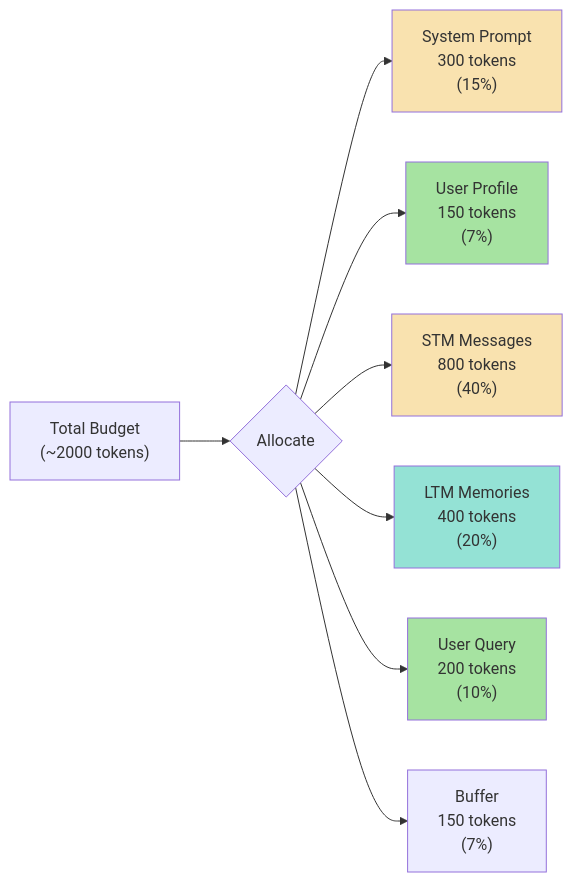
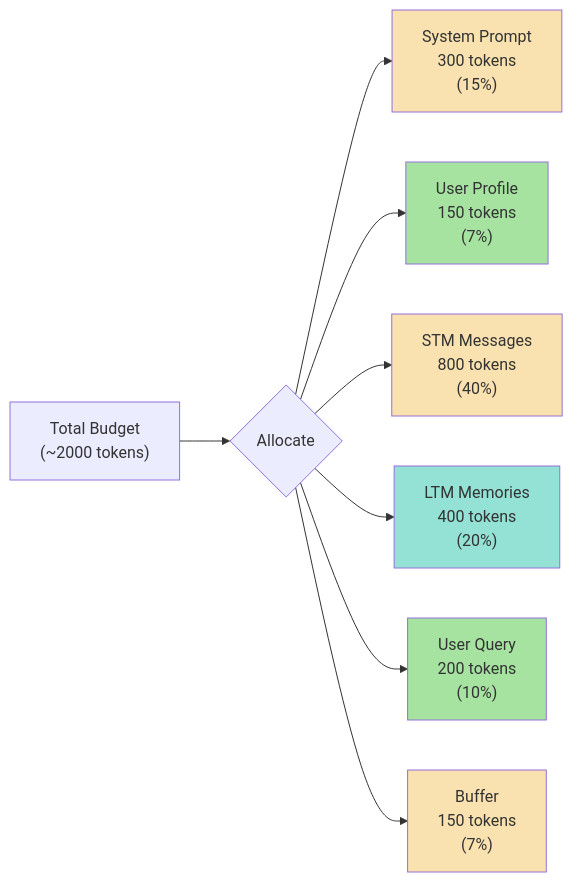
The fourth of 8 diagrams in Lecture 19 - Agent Memory Systems/notes/08_Production_Memory_System_Architecture.md (Amie-dev/FDE-and-GenAI-Mastery), drawn with Mermaid before and after one commit. The commit also changed other lines of this file and 9 other files, not shown here.

````diff
--- a/Lecture 19 - Agent Memory Systems/notes/08_Production_Memory_System_Architecture.md
+++ b/Lecture 19 - Agent Memory Systems/notes/08_Production_Memory_System_Architecture.md
@@ -135,16 +141,17 @@
 ```mermaid
 flowchart LR
     A["Total Budget<br/>(~2000 tokens)"] --> B{Allocate}
     B --> C["System Prompt<br/>300 tokens<br/>(15%)"]
     B --> D["User Profile<br/>150 tokens<br/>(7%)"]
     B --> E["STM Messages<br/>800 tokens<br/>(40%)"]
     B --> F["LTM Memories<br/>400 tokens<br/>(20%)"]
     B --> G["User Query<br/>200 tokens<br/>(10%)"]
     B --> H["Buffer<br/>150 tokens<br/>(7%)"]
     
     style C fill:#f9e2af
     style D fill:#a6e3a1
     style E fill:#f9e2af
     style F fill:#94e2d5
     style G fill:#a6e3a1
+    style H fill:#f9e2af
 ```
````
